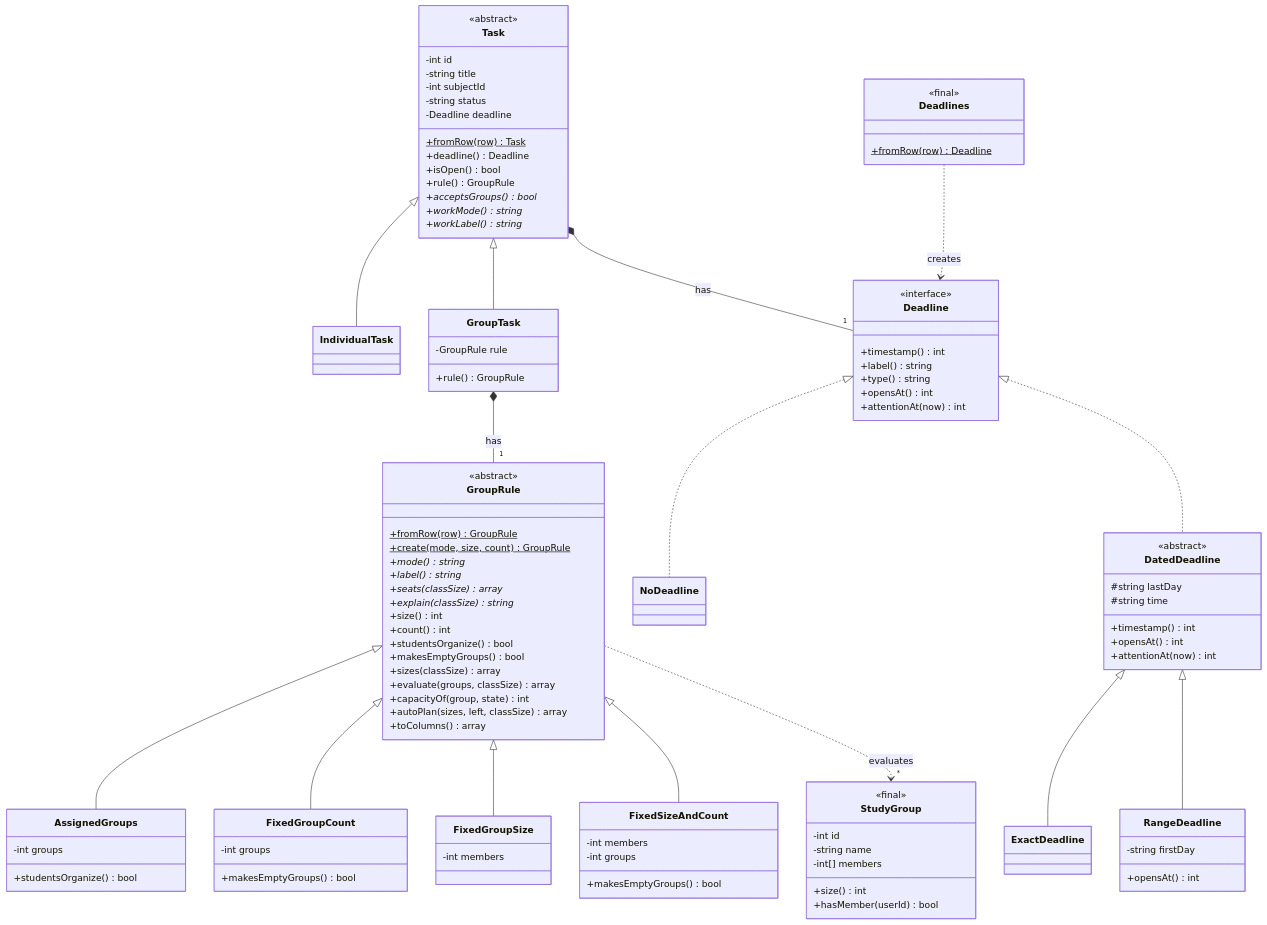
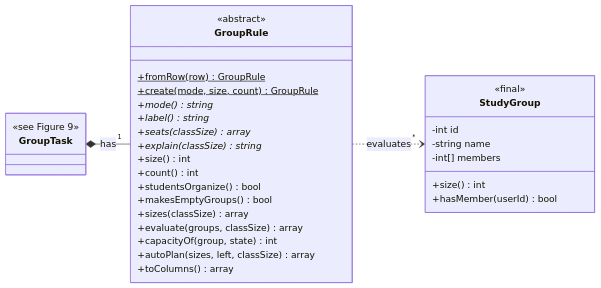
One commit to rcldvmnl/AcadSync changed diagram 13 of 25 in docs/CLASS_DIAGRAM.md. Above: the diagram before and after it, drawn with Mermaid. The commit also changed other lines of this file and 2 other files, not shown here.

Commit message:
class diagram

````diff
--- a/docs/CLASS_DIAGRAM.md
+++ b/docs/CLASS_DIAGRAM.md
@@ -282,62 +543,9 @@
 ```mermaid
 classDiagram
-    direction TB
-    class Task {
-        <<abstract>>
-        -int id
-        -string title
-        -int subjectId
-        -string status
-        -Deadline deadline
-        +fromRow(row)$ Task
-        +deadline() Deadline
-        +isOpen() bool
-        +rule() GroupRule
-        +acceptsGroups()* bool
-        +workMode()* string
-        +workLabel()* string
+    direction LR
+    class GroupTask {
+        <<see Figure 9>>
     }
-    class IndividualTask
-    class GroupTask {
-        -GroupRule rule
-        +rule() GroupRule
-    }
-    Task <|-- IndividualTask
-    Task <|-- GroupTask
-
-    class Deadline {
-        <<interface>>
-        +timestamp() int
-        +label() string
-        +type() string
-        +opensAt() int
-        +attentionAt(now) int
-    }
-    class DatedDeadline {
-        <<abstract>>
-        #string lastDay
-        #string time
-        +timestamp() int
-        +opensAt() int
-        +attentionAt(now) int
-    }
-    class ExactDeadline
-    class RangeDeadline {
-        -string firstDay
-        +opensAt() int
-    }
-    class NoDeadline
-    class Deadlines {
-        <<final>>
-        +fromRow(row)$ Deadline
-    }
-    Deadline <|.. DatedDeadline
-    Deadline <|.. NoDeadline
-    DatedDeadline <|-- ExactDeadline
-    DatedDeadline <|-- RangeDeadline
-    Task *-- "1" Deadline : has
-    Deadlines ..> Deadline : creates
-
     class GroupRule {
         <<abstract>>
         +fromRow(row)$ GroupRule
@@ -356,26 +564,6 @@
         +autoPlan(sizes, left, classSize) array
         +toColumns() array
     }
-    class AssignedGroups {
-        -int groups
-        +studentsOrganize() bool
-    }
-    class FixedGroupCount {
-        -int groups
-        +makesEmptyGroups() bool
-    }
-    class FixedGroupSize {
-        -int members
-    }
-    class FixedSizeAndCount {
-        -int members
-        -int groups
-        +makesEmptyGroups() bool
-    }
-    GroupRule <|-- AssignedGroups
-    GroupRule <|-- FixedGroupCount
-    GroupRule <|-- FixedGroupSize
-    GroupRule <|-- FixedSizeAndCount
     class StudyGroup {
         <<final>>
         -int id
````
